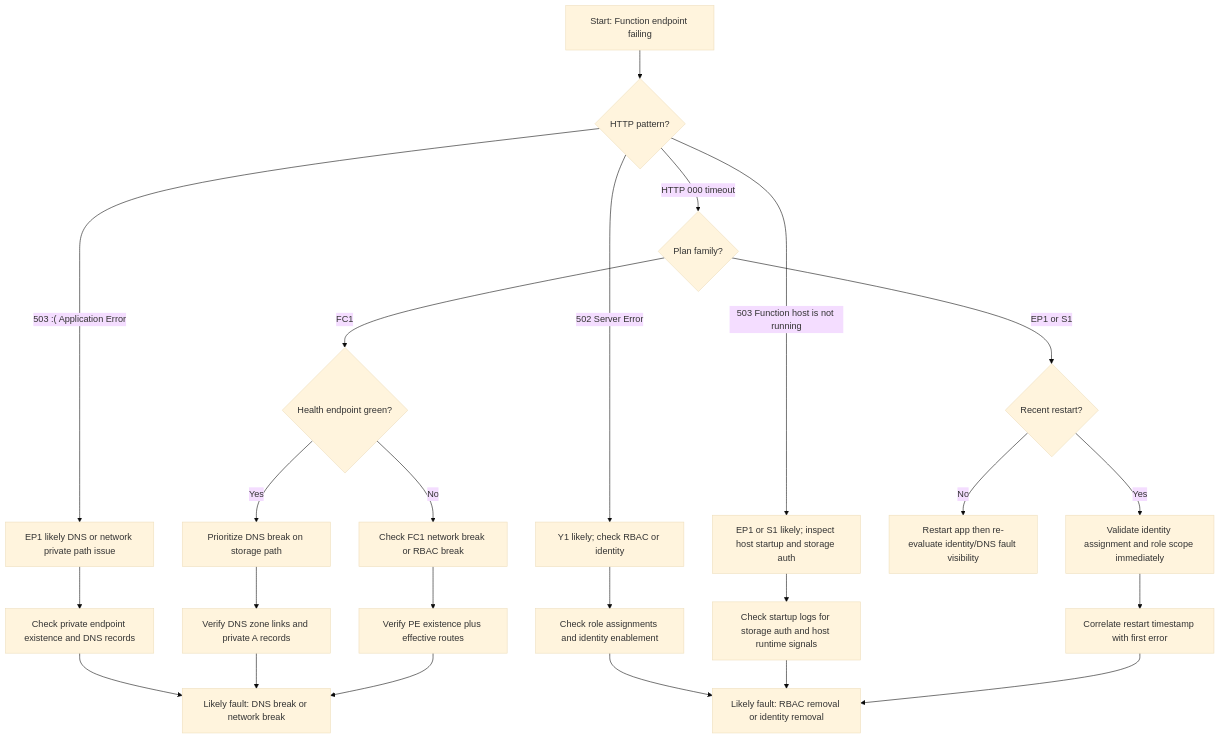
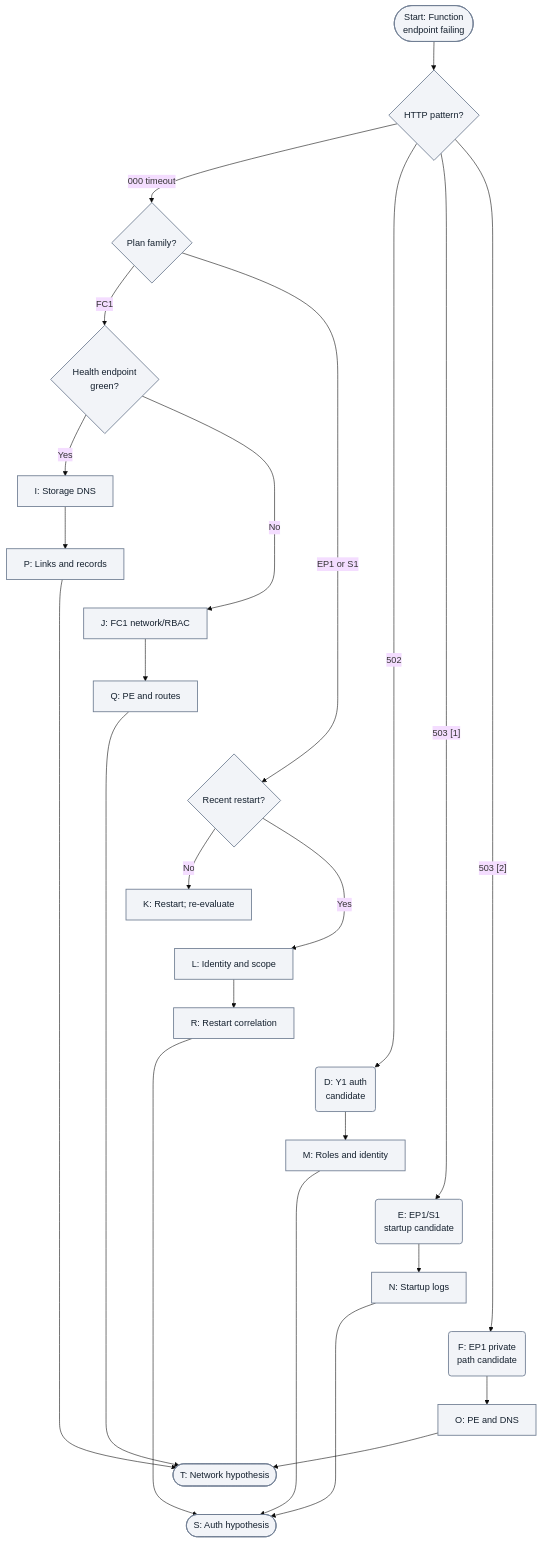
Before and after one commit to yeongseon/azure-functions-practical-guide: the first of 2 diagrams in docs/troubleshooting/lab-guides/hosting-plan-comparison-matrix.md, drawn with Mermaid (base theme). The commit also changed other lines of this file and 3 other files, not shown here.

First line of the commit message:
docs(diagrams): migrate Functions lab other — hosting plan comparison matrix and hosting plan security matrix and related diagnostics (#442)

````diff
--- a/docs/troubleshooting/lab-guides/hosting-plan-comparison-matrix.md
+++ b/docs/troubleshooting/lab-guides/hosting-plan-comparison-matrix.md
@@ -93,32 +93,45 @@
 ```mermaid
 flowchart TD
-    A[Start: Function endpoint failing] --> B{HTTP pattern?}
-    B -->|HTTP 000 timeout| C{Plan family?}
-    B -->|502 Server Error| D[Y1 likely; check RBAC or identity]
-    B -->|503 Function host is not running| E[EP1 or S1 likely; inspect host startup and storage auth]
-    B -->|"503 :( Application Error"| F[EP1 likely DNS or network private path issue]
+    accTitle: Hosting-plan diagnostic decision tree
+    accDescr: Lab-derived triage heuristic for FC1, EP1, Y1 and S1. Follow the endpoint signature, plan, health and restart branches to candidate auth or network checks; these branches do not prove a root cause.
+    A(["Start: Function<br/>endpoint failing"]) --> B{HTTP pattern?}
+    B -->|000 timeout| C{Plan family?}
+    B -->|502| D("D: Y1 auth<br/>candidate")
+    B -->|"503 [1]"| E("E: EP1/S1<br/>startup candidate")
+    B -->|"503 [2]"| F("F: EP1 private<br/>path candidate")
 
-    C -->|FC1| G{Health endpoint green?}
+    C -->|FC1| G{"Health endpoint<br/>green?"}
     C -->|EP1 or S1| H{Recent restart?}
 
-    G -->|Yes| I[Prioritize DNS break on storage path]
-    G -->|No| J[Check FC1 network break or RBAC break]
+    G -->|Yes| I["I: Storage DNS"]
+    G -->|No| J["J: FC1 network/RBAC"]
 
-    H -->|No| K["Restart app then re-evaluate identity/DNS fault visibility"]
-    H -->|Yes| L[Validate identity assignment and role scope immediately]
+    H -->|No| K["K: Restart; re-evaluate"]
+    H -->|Yes| L["L: Identity and scope"]
 
-    D --> M[Check role assignments and identity enablement]
-    E --> N[Check startup logs for storage auth and host runtime signals]
-    F --> O[Check private endpoint existence and DNS records]
+    D --> M["M: Roles and identity"]
+    E --> N["N: Startup logs"]
+    F --> O["O: PE and DNS"]
 
-    I --> P[Verify DNS zone links and private A records]
-    J --> Q[Verify PE existence plus effective routes]
-    L --> R[Correlate restart timestamp with first error]
+    I --> P["P: Links and records"]
+    J --> Q["Q: PE and routes"]
+    L --> R["R: Restart correlation"]
 
-    M --> S[Likely fault: RBAC removal or identity removal]
+    M --> S(["S: Auth hypothesis"])
     N --> S
-    O --> T[Likely fault: DNS break or network break]
+    O --> T(["T: Network hypothesis"])
     P --> T
     Q --> T
     R --> S
+    %% Layout-only links serialize checks; they add no diagnostic steps or arrows.
+    P ~~~ J
+    Q ~~~ H
+    K ~~~ L
+    R ~~~ D
+    M ~~~ E
+    N ~~~ F
+    O ~~~ T
+    T ~~~ S
+    classDef neutral fill:#f2f4f8,stroke:#707e93,stroke-width:1.5px,color:#14202e;
+    class A,B,C,D,E,F,G,H,I,J,K,L,M,N,O,P,Q,R,S,T neutral;
 ```
````
